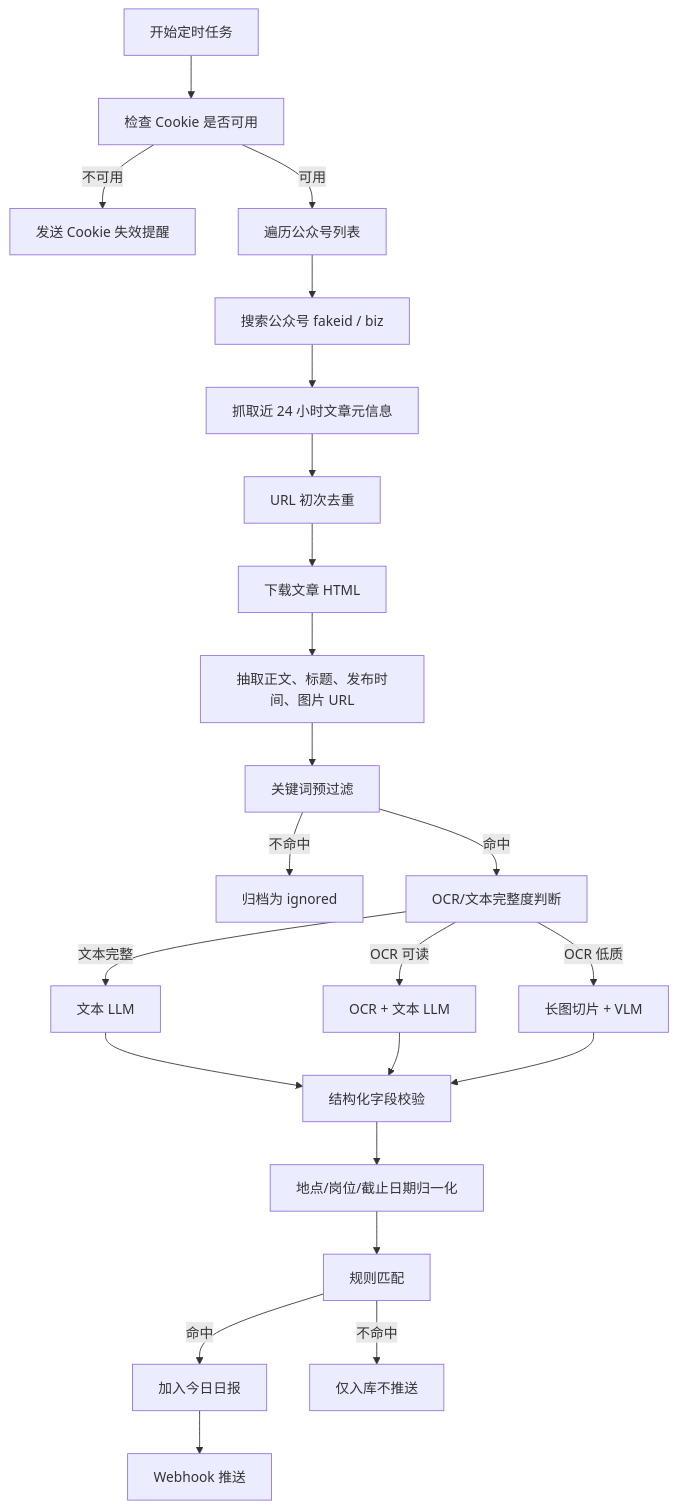
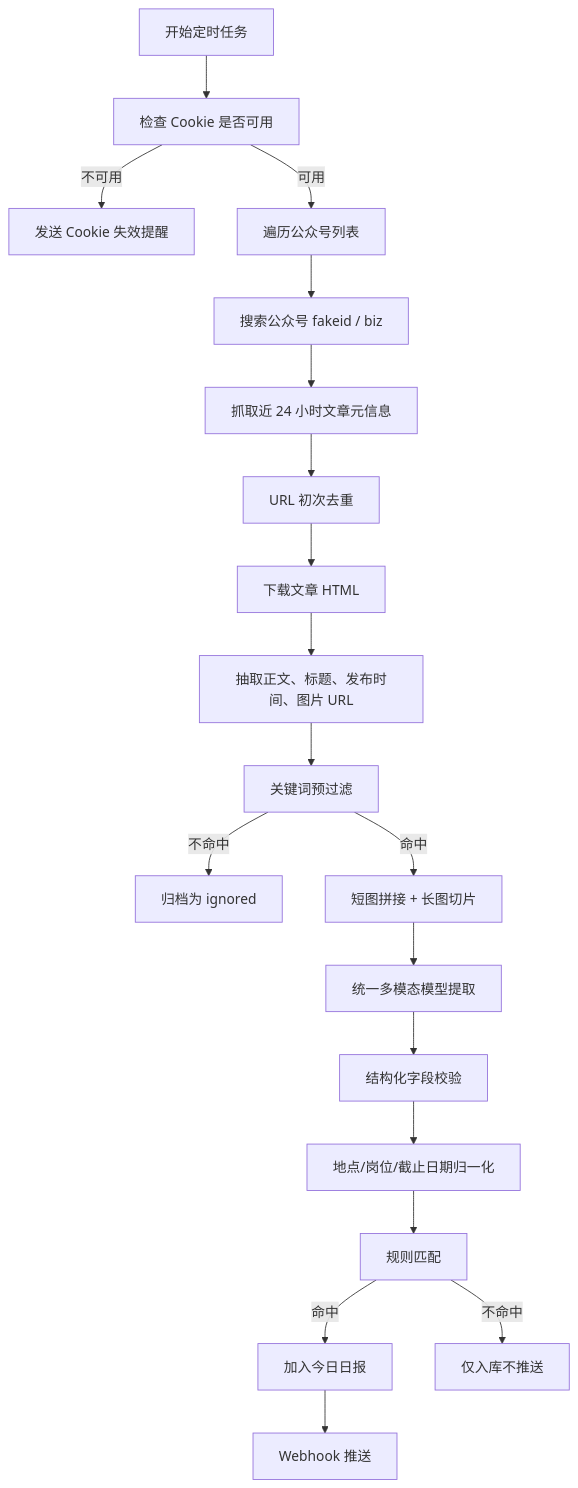
The diagram in docs/个人 AI 招聘情报监控平台 PRD.md (jerry9692/wehire-monitor), drawn with Mermaid before and after one commit. The commit also changed other lines of this file and 46 other files, not shown here.

First line of the commit message:
feat(v0.3): 统一多模态模型架构,替代三路 OCR+LLM+VLM

````diff
--- a/docs/个人 AI 招聘情报监控平台 PRD.md
+++ b/docs/个人 AI 招聘情报监控平台 PRD.md
@@ -85,25 +81,21 @@
 ```mermaid
 flowchart TD
     S["开始定时任务"] --> C1["检查 Cookie 是否可用"]
     C1 -->|不可用| C2["发送 Cookie 失效提醒"]
     C1 -->|可用| A1["遍历公众号列表"]
     A1 --> A2["搜索公众号 fakeid / biz"]
     A2 --> A3["抓取近 24 小时文章元信息"]
     A3 --> A4["URL 初次去重"]
     A4 --> P1["下载文章 HTML"]
     P1 --> P2["抽取正文、标题、发布时间、图片 URL"]
     P2 --> P3["关键词预过滤"]
     P3 -->|不命中| END1["归档为 ignored"]
-    P3 -->|命中| O1["OCR/文本完整度判断"]
-    O1 -->|文本完整| L1["文本 LLM"]
-    O1 -->|OCR 可读| L2["OCR + 文本 LLM"]
-    O1 -->|OCR 低质| V1["长图切片 + VLM"]
+    P3 -->|命中| G1["短图拼接 + 长图切片"]
+    G1 --> L1["统一多模态模型提取"]
     L1 --> R1["结构化字段校验"]
-    L2 --> R1
-    V1 --> R1
     R1 --> R2["地点/岗位/截止日期归一化"]
     R2 --> R3["规则匹配"]
     R3 -->|命中| N1["加入今日日报"]
     R3 -->|不命中| N2["仅入库不推送"]
     N1 --> N3["Webhook 推送"]
 ```
````
